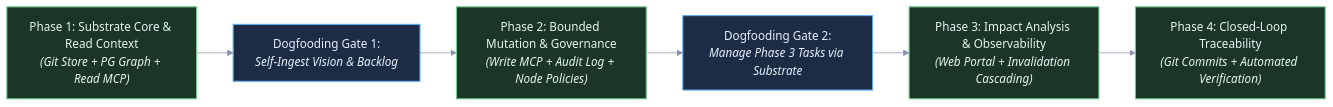
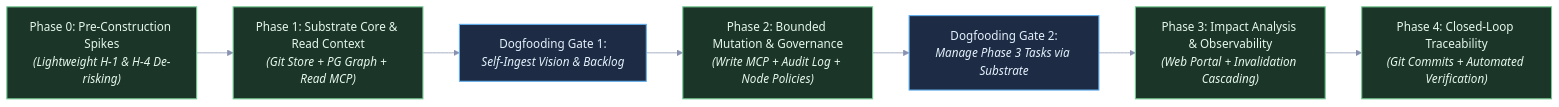
One commit to Shapedsundew9/tks changed the first of 3 diagrams in docs/vision/strategic-planning-backlog.md. Above: the diagram before and after it, drawn with Mermaid. The commit also changed other lines of this file and 2 other files, not shown here.

````diff
--- a/docs/vision/strategic-planning-backlog.md
+++ b/docs/vision/strategic-planning-backlog.md
@@ -19,30 +19,31 @@
 ```mermaid
 %%{init: {
   'theme': 'base',
   'themeVariables': {
     'darkMode': true,
     'background': '#161922',
     'mainBkg': '#1e2230',
     'nodeBorder': '#434c5e',
     'textColor': '#e2e8f0',
     'fontFamily': 'ui-sans-serif, system-ui, sans-serif',
     'lineColor': '#8892b0',
     'primaryColor': '#1b3528',
     'primaryBorderColor': '#73c991',
     'secondaryColor': '#1d2c44',
     'secondaryBorderColor': '#61afef'
   }
 }}%%
 flowchart LR
     classDef phase fill:#1b3528,stroke:#73c991,stroke-width:1.5px,color:#e6f7ee;
     classDef gate fill:#1d2c44,stroke:#61afef,stroke-width:1.5px,color:#e4f0fc;
 
+    P0["Phase 0: Pre-Construction Spikes<br/><i>(Lightweight H-1 & H-4 De-risking)</i>"]:::phase
     P1["Phase 1: Substrate Core & Read Context<br/><i>(Git Store + PG Graph + Read MCP)</i>"]:::phase
     G1["Dogfooding Gate 1:<br/><i>Self-Ingest Vision & Backlog</i>"]:::gate
     P2["Phase 2: Bounded Mutation & Governance<br/><i>(Write MCP + Audit Log + Node Policies)</i>"]:::phase
     G2["Dogfooding Gate 2:<br/><i>Manage Phase 3 Tasks via Substrate</i>"]:::gate
     P3["Phase 3: Impact Analysis & Observability<br/><i>(Web Portal + Invalidation Cascading)</i>"]:::phase
     P4["Phase 4: Closed-Loop Traceability<br/><i>(Git Commits + Automated Verification)</i>"]:::phase
 
-    P1 --> G1 --> P2 --> G2 --> P3 --> P4
+    P0 --> P1 --> G1 --> P2 --> G2 --> P3 --> P4
 ```
````
